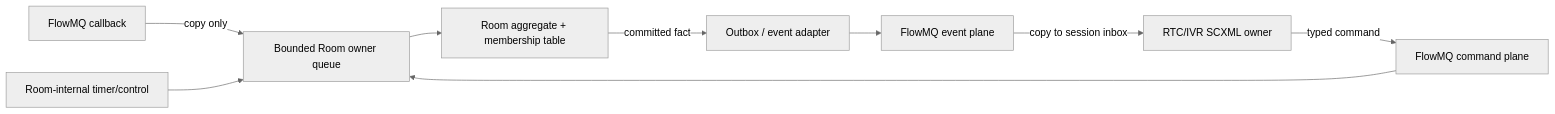
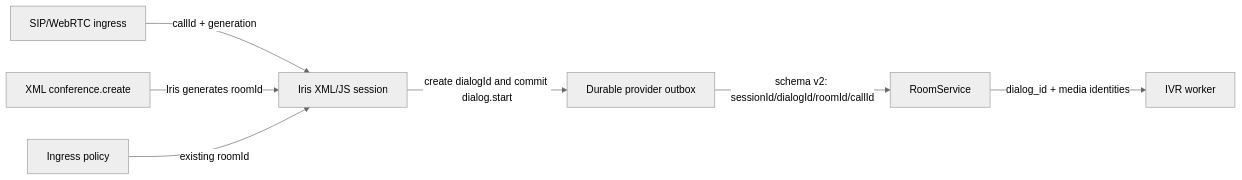
The fifth of 9 diagrams in webrtc/docs/ivr-production-readiness-design-zh.md (qigao/turbomedia), drawn with Mermaid (neutral theme) before and after one commit. The commit also changed other lines of this file and 133 other files, not shown here.

Commit message:
refactor(webrtc): work mode update - [x] webtc/sip as standalone server - [x] remove turboxml support from webrtc - [x] sync with FlowMQ update - [x] talk to xml server with flowmq

````diff
--- a/webrtc/docs/ivr-production-readiness-design-zh.md
+++ b/webrtc/docs/ivr-production-readiness-design-zh.md
@@ -133,11 +300,9 @@
 ```mermaid
 flowchart LR
-    F[FlowMQ callback] -->|copy only| Q[Bounded Room owner queue]
-    L[Room-internal timer/control] --> Q
-    Q --> R[Room aggregate + membership table]
-    R -->|committed fact| O[Outbox / event adapter]
-    O --> B[FlowMQ event plane]
-    B -->|copy to session inbox| X[RTC/IVR SCXML owner]
-    X -->|typed command| C[FlowMQ command plane]
-    C --> Q
+  Ingress[SIP/WebRTC ingress] -->|callId + generation| Iris[Iris XML/JS session]
+  XMLRoom[XML conference.create] -->|Iris generates roomId| Iris
+  ExistingRoom[Ingress policy] -->|existing roomId| Iris
+  Iris -->|create dialogId and commit dialog.start| Outbox[Durable provider outbox]
+  Outbox -->|schema v2: sessionId/dialogId/roomId/callId| Room[RoomService]
+  Room -->|dialog_id + media identities| Worker[IVR worker]
 ```
````
